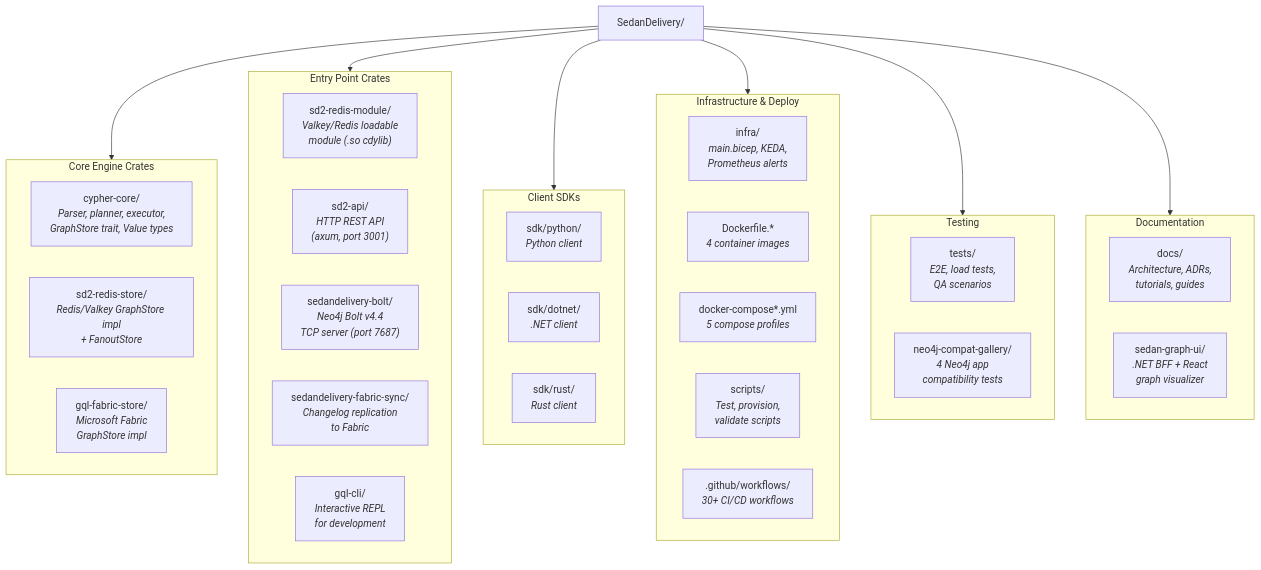
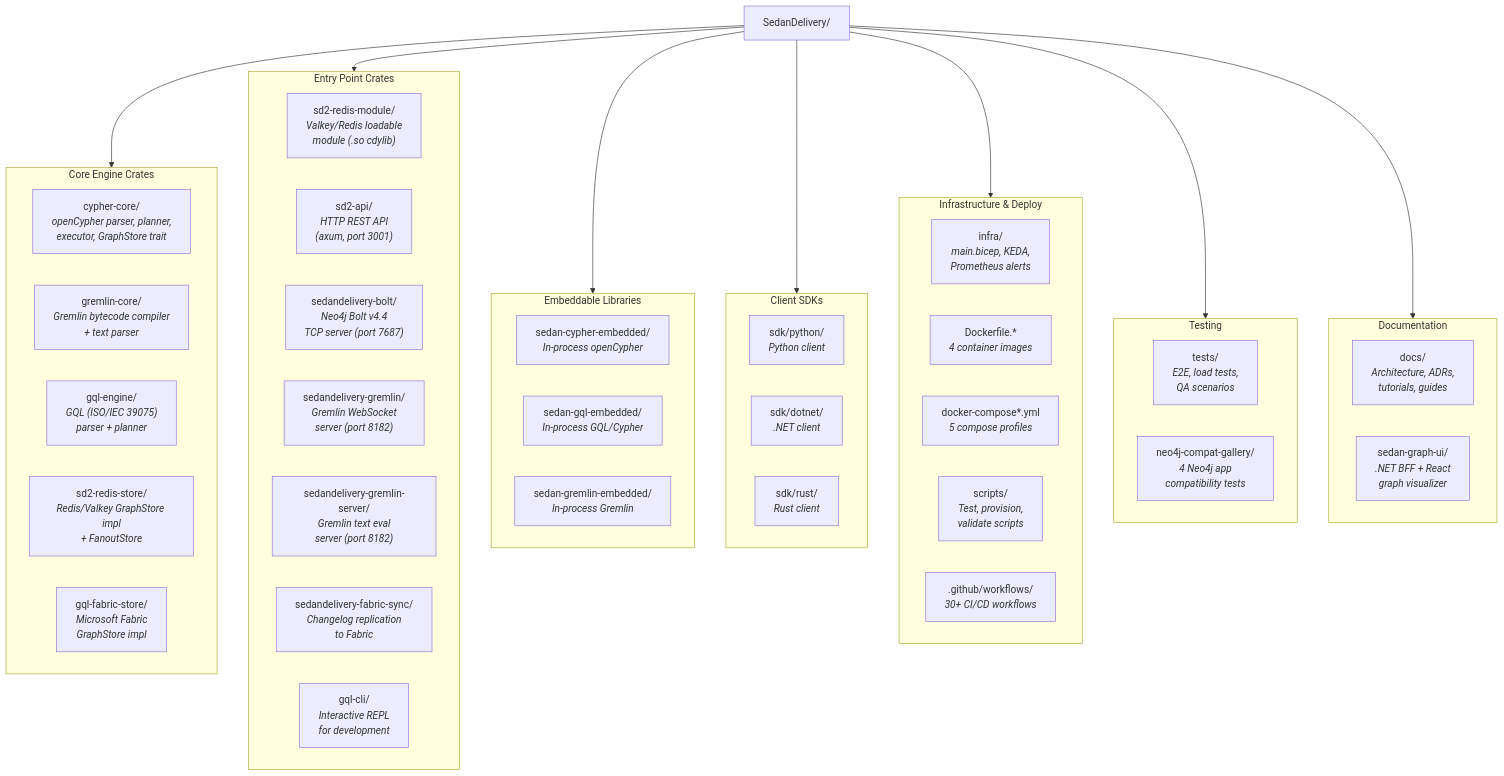
Before and after one commit to rysweet/SedanDelivery: the diagram in docs/atlas/repo-surface/README.md, drawn with Mermaid. The commit also changed other lines of this file and 17 other files, not shown here.

````diff
--- a/docs/atlas/repo-surface/README.md
+++ b/docs/atlas/repo-surface/README.md
@@ -13,49 +13,60 @@
 ```mermaid
 graph TD
     ROOT["SedanDelivery/"]
     
     subgraph core_crates["Core Engine Crates"]
-        GQL_CORE["cypher-core/<br/><i>Parser, planner, executor,<br/>GraphStore trait, Value types</i>"]
-        GQL_REDIS["sd2-redis-store/<br/><i>Redis/Valkey GraphStore impl<br/>+ FanoutStore</i>"]
+        CYPHER_CORE["cypher-core/<br/><i>openCypher parser, planner,<br/>executor, GraphStore trait</i>"]
+        GREMLIN_CORE["gremlin-core/<br/><i>Gremlin bytecode compiler<br/>+ text parser</i>"]
+        GQL_ENGINE["gql-engine/<br/><i>GQL (ISO/IEC 39075)<br/>parser + planner</i>"]
+        SD2_REDIS_STORE["sd2-redis-store/<br/><i>Redis/Valkey GraphStore impl<br/>+ FanoutStore</i>"]
         GQL_FABRIC["gql-fabric-store/<br/><i>Microsoft Fabric<br/>GraphStore impl</i>"]
     end
 
     subgraph entry_points["Entry Point Crates"]
-        GQL_MODULE["sd2-redis-module/<br/><i>Valkey/Redis loadable<br/>module (.so cdylib)</i>"]
-        GQL_API["sd2-api/<br/><i>HTTP REST API<br/>(axum, port 3001)</i>"]
+        SD2_REDIS_MODULE["sd2-redis-module/<br/><i>Valkey/Redis loadable<br/>module (.so cdylib)</i>"]
+        SD2_API["sd2-api/<br/><i>HTTP REST API<br/>(axum, port 3001)</i>"]
         BOLT["sedandelivery-bolt/<br/><i>Neo4j Bolt v4.4<br/>TCP server (port 7687)</i>"]
+        GREMLIN_WS["sedandelivery-gremlin/<br/><i>Gremlin WebSocket<br/>server (port 8182)</i>"]
+        GREMLIN_TEXT["sedandelivery-gremlin-server/<br/><i>Gremlin text eval<br/>server (port 8182)</i>"]
         SYNC["sedandelivery-fabric-sync/<br/><i>Changelog replication<br/>to Fabric</i>"]
         CLI["gql-cli/<br/><i>Interactive REPL<br/>for development</i>"]
+    end
+
+    subgraph embedded_crates["Embeddable Libraries"]
+        CYPHER_EMB["sedan-cypher-embedded/<br/><i>In-process openCypher</i>"]
+        GQL_EMB["sedan-gql-embedded/<br/><i>In-process GQL/Cypher</i>"]
+        GREMLIN_EMB["sedan-gremlin-embedded/<br/><i>In-process Gremlin</i>"]
     end
 
     subgraph sdks["Client SDKs"]
         SDK_PY["sdk/python/<br/><i>Python client</i>"]
         SDK_NET["sdk/dotnet/<br/><i>.NET client</i>"]
         SDK_RS["sdk/rust/<br/><i>Rust client</i>"]
     end
 
     subgraph infra_deploy["Infrastructure & Deploy"]
         INFRA["infra/<br/><i>main.bicep, KEDA,<br/>Prometheus alerts</i>"]
         DOCKER["Dockerfile.*<br/><i>4 container images</i>"]
         COMPOSE["docker-compose*.yml<br/><i>5 compose profiles</i>"]
         SCRIPTS["scripts/<br/><i>Test, provision,<br/>validate scripts</i>"]
         GH_ACTIONS[".github/workflows/<br/><i>30+ CI/CD workflows</i>"]
     end
 
     subgraph testing["Testing"]
         TESTS["tests/<br/><i>E2E, load tests,<br/>QA scenarios</i>"]
         NEO4J_COMPAT["neo4j-compat-gallery/<br/><i>4 Neo4j app<br/>compatibility tests</i>"]
     end
 
     subgraph docs_group["Documentation"]
         DOCS["docs/<br/><i>Architecture, ADRs,<br/>tutorials, guides</i>"]
         SEDAN_UI["sedan-graph-ui/<br/><i>.NET BFF + React<br/>graph visualizer</i>"]
     end
 
     ROOT --> core_crates
     ROOT --> entry_points
+    ROOT --> embedded_crates
     ROOT --> sdks
     ROOT --> infra_deploy
     ROOT --> testing
     ROOT --> docs_group
 ```
````
